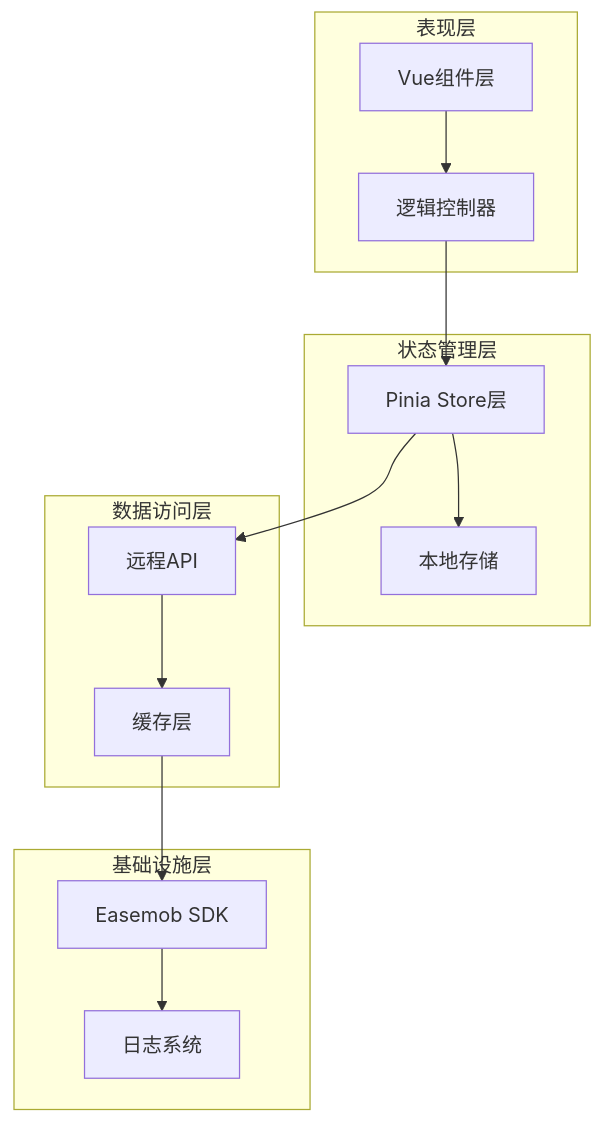
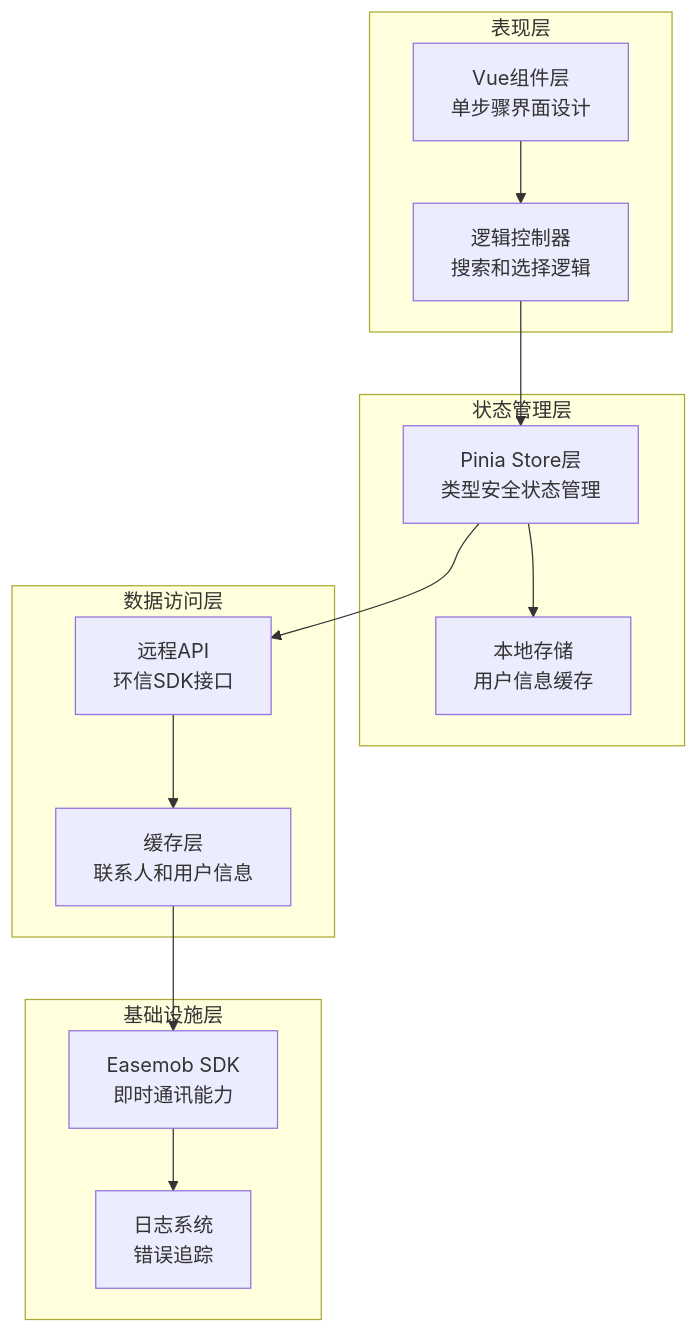
One commit to Easemob-Community/easemob-uikit-uniapp-community changed the third of 9 diagrams in .qoder/repowiki/zh/content/群组模块/群组创建.md. Above: the diagram before and after it, drawn with Mermaid. The commit also changed other lines of this file and 46 other files, not shown here.

````diff
--- a/.qoder/repowiki/zh/content/群组模块/群组创建.md
+++ b/.qoder/repowiki/zh/content/群组模块/群组创建.md
@@ -137,26 +156,26 @@
 ```mermaid
 graph TB
 subgraph "表现层"
-UI[Vue组件层]
-LC[逻辑控制器]
+UI[Vue组件层<br/>单步骤界面设计]
+LC[逻辑控制器<br/>搜索和选择逻辑]
 end
 subgraph "状态管理层"
-PS[Pinia Store层]
-LS[本地存储]
+PS[Pinia Store层<br/>类型安全状态管理]
+LS[本地存储<br/>用户信息缓存]
 end
 subgraph "数据访问层"
-RS[远程API]
-CS[缓存层]
+RS[远程API<br/>环信SDK接口]
+CS[缓存层<br/>联系人和用户信息]
 end
 subgraph "基础设施层"
-SDK[Easemob SDK]
-LOG[日志系统]
+SDK[Easemob SDK<br/>即时通讯能力]
+LOG[日志系统<br/>错误追踪]
 end
 UI --> LC
 LC --> PS
 PS --> LS
 PS --> RS
 RS --> CS
 CS --> SDK
 SDK --> LOG
 ```
````
